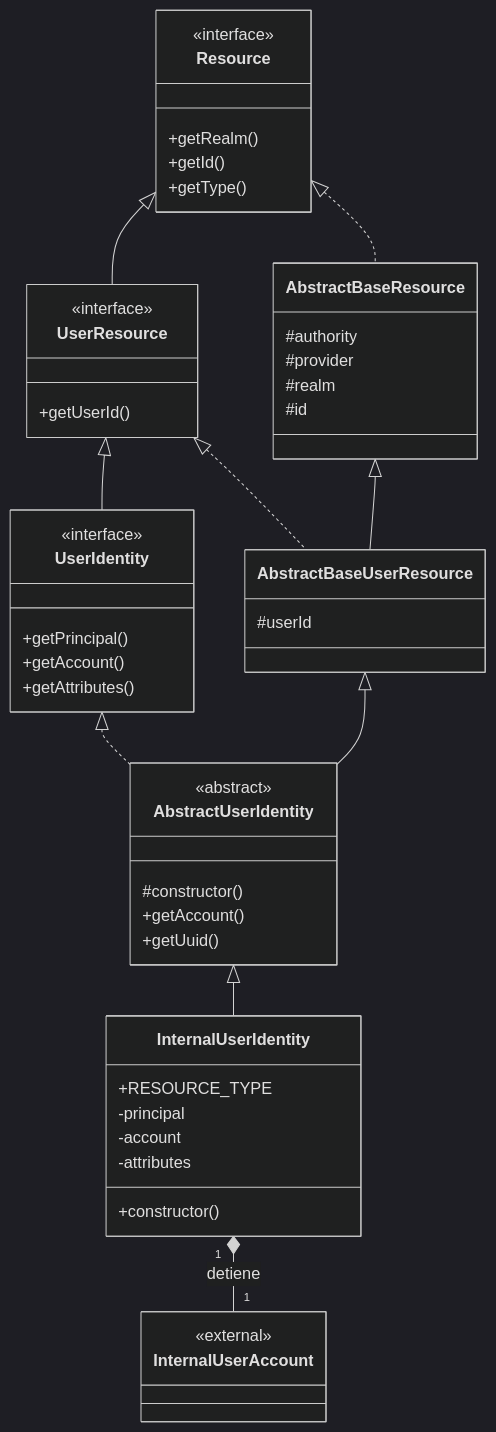
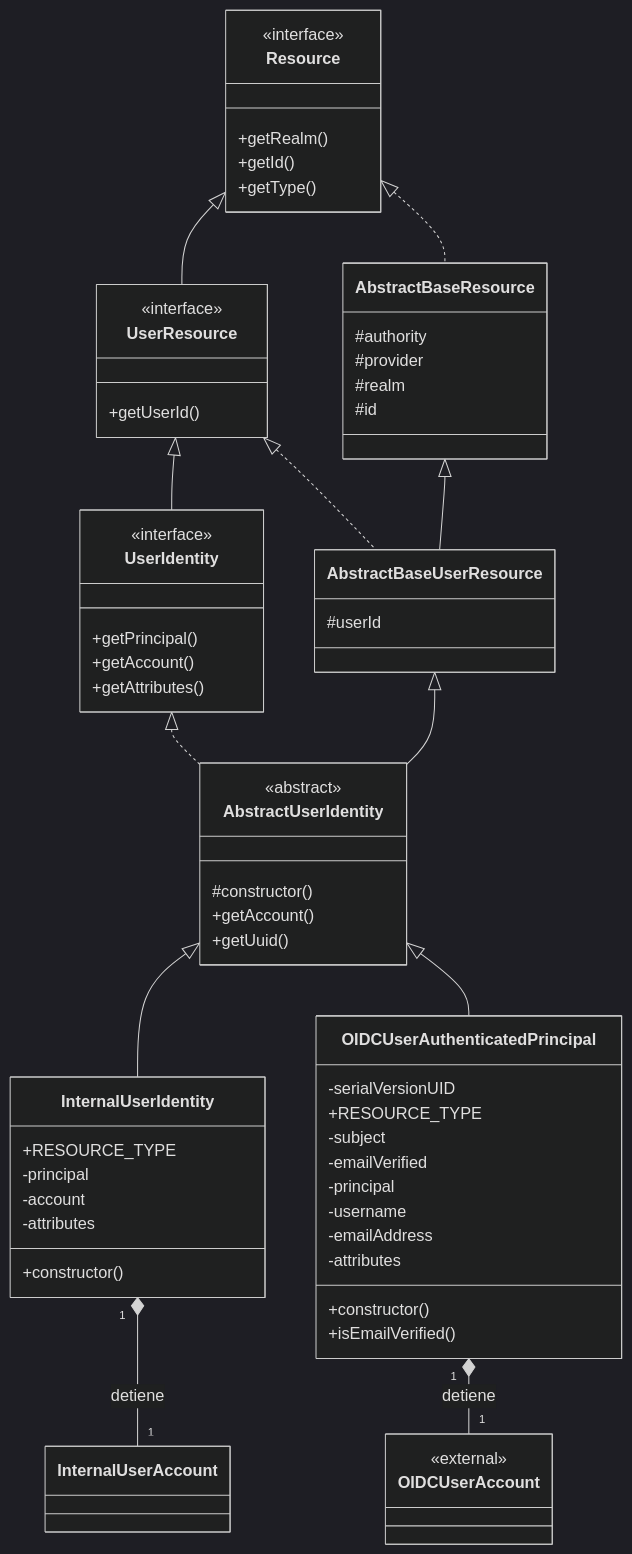
One commit to RickdoMasco/AAC changed the third of 3 diagrams in docs/06-Diagrams/auth-class-diagram.md. Above: the diagram before and after it, drawn with Mermaid (dark theme). The commit also changed other lines of this file and 8 other files, not shown here.

First line of the commit message:
docs(diagrams): update auth class diagrams and reorganize structure

````diff
--- a/docs/06-Diagrams/auth-class-diagram.md
+++ b/docs/06-Diagrams/auth-class-diagram.md
@@ -116,60 +148,80 @@
 ```mermaid
 classDiagram
     direction TB
 
     class Resource {
         <<interface>>
         +getRealm()
         +getId()
         +getType()
     }
     class UserResource {
         <<interface>>
         +getUserId()
     }
     class UserIdentity {
         <<interface>>
         +getPrincipal()
         +getAccount()
         +getAttributes()
     }
     class AbstractBaseResource { 
         #authority
         #provider
         #realm
         #id 
     }
     class AbstractBaseUserResource { 
         #userId 
     }
     class AbstractUserIdentity { 
         <<abstract>>
         #constructor()
         +getAccount()
         +getUuid() 
     }
+
+    %% === Internal ===
     class InternalUserIdentity { 
         +RESOURCE_TYPE
         -principal
         -account
         -attributes
         +constructor() 
     }
     class InternalUserAccount { 
-        <<external>> 
+    }
+
+    %% === OIDC (Google, Facebook, GitHub, ecc.) ===
+    class OIDCUserAuthenticatedPrincipal {
+        -serialVersionUID
+        +RESOURCE_TYPE
+        -subject
+        -emailVerified
+        -principal
+        -username
+        -emailAddress
+        -attributes
+        +constructor()
+        +isEmailVerified()
+    }
+    class OIDCUserAccount {
+        <<external>>
     }
 
     %% Ereditarietà e Implementazioni
     Resource <|-- UserResource
     UserResource <|-- UserIdentity
     Resource <|.. AbstractBaseResource
     UserResource <|.. AbstractBaseUserResource
     AbstractBaseResource <|-- AbstractBaseUserResource
     AbstractBaseUserResource <|-- AbstractUserIdentity
     UserIdentity <|.. AbstractUserIdentity
     AbstractUserIdentity <|-- InternalUserIdentity
+    AbstractUserIdentity <|-- OIDCUserAuthenticatedPrincipal
 
     %% Collegamento finale verso l'account
     InternalUserIdentity "1" *-- "1" InternalUserAccount : detiene
+    OIDCUserAuthenticatedPrincipal "1" *-- "1" OIDCUserAccount : detiene
 
 ```
````
